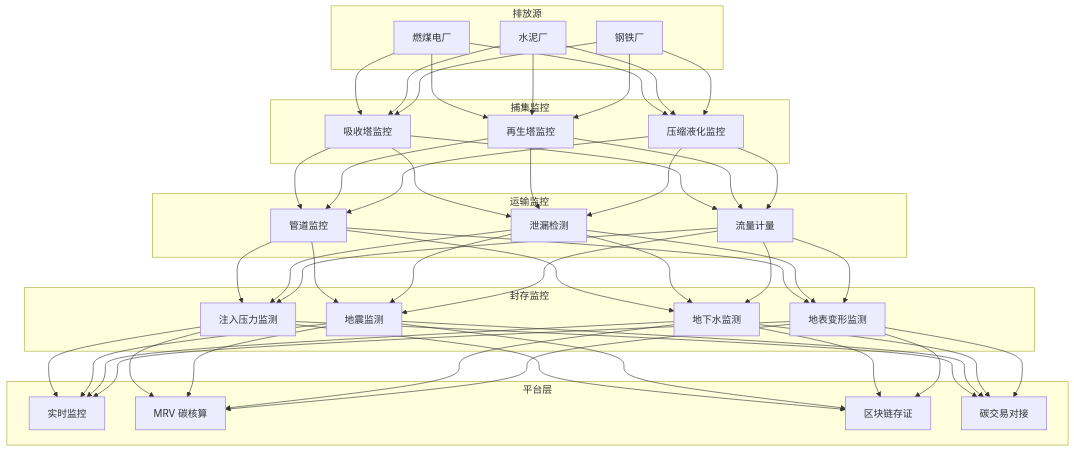
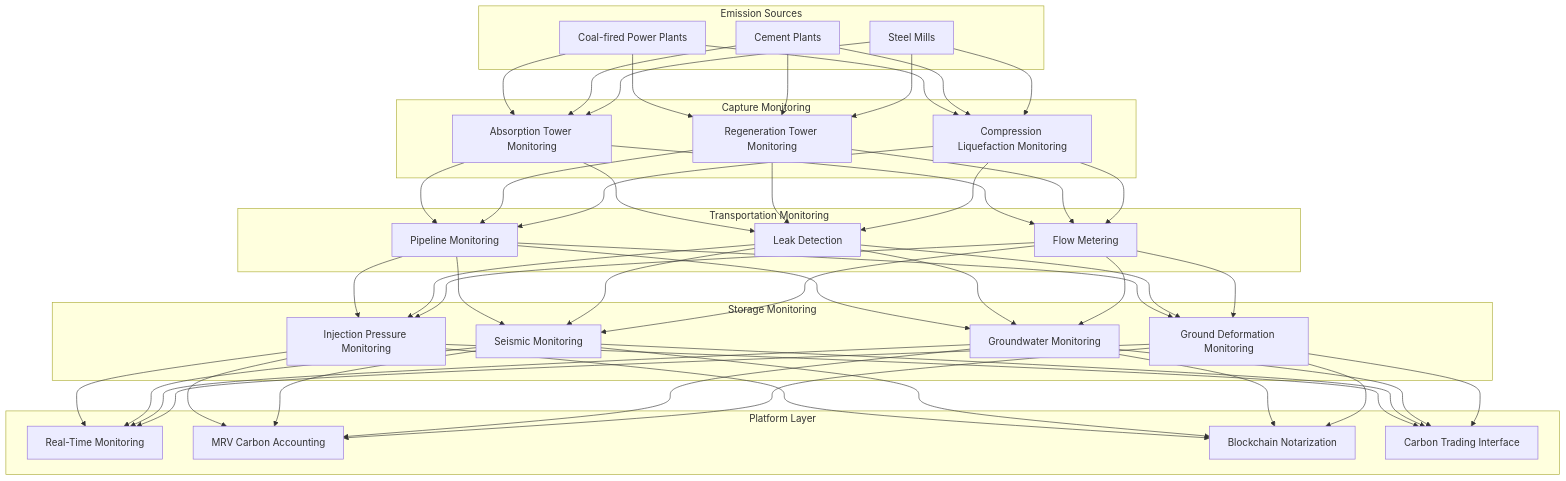
Before and after one commit to teaglebuilt/knowledge-tree: the diagram in tree/application/architecture/carbon-capture.md, drawn with Mermaid. The commit also changed other lines of this file and 16 other files, not shown here.

````diff
--- a/tree/application/architecture/carbon-capture.md
+++ b/tree/application/architecture/carbon-capture.md
@@ -162,39 +131,39 @@
 ```mermaid
 graph TB
-    subgraph 排放源
-        E1[燃煤电厂]
-        E2[水泥厂]
-        E3[钢铁厂]
+    subgraph Emission Sources
+        E1[Coal-fired Power Plants]
+        E2[Cement Plants]
+        E3[Steel Mills]
     end
 
-    subgraph 捕集监控
-        C1[吸收塔监控]
-        C2[再生塔监控]
-        C3[压缩液化监控]
+    subgraph Capture Monitoring
+        C1[Absorption Tower Monitoring]
+        C2[Regeneration Tower Monitoring]
+        C3[Compression Liquefaction Monitoring]
     end
 
-    subgraph 运输监控
-        T1[管道监控]
-        T2[泄漏检测]
-        T3[流量计量]
+    subgraph Transportation Monitoring
+        T1[Pipeline Monitoring]
+        T2[Leak Detection]
+        T3[Flow Metering]
     end
 
-    subgraph 封存监控
-        S1[注入压力监测]
-        S2[地震监测]
-        S3[地下水监测]
-        S4[地表变形监测]
+    subgraph Storage Monitoring
+        S1[Injection Pressure Monitoring]
+        S2[Seismic Monitoring]
+        S3[Groundwater Monitoring]
+        S4[Ground Deformation Monitoring]
     end
 
-    subgraph 平台层
-        P1[实时监控]
-        P2[MRV 碳核算]
-        P3[区块链存证]
-        P4[碳交易对接]
+    subgraph Platform Layer
+        P1[Real-Time Monitoring]
+        P2[MRV Carbon Accounting]
+        P3[Blockchain Notarization]
+        P4[Carbon Trading Interface]
     end
 
     E1 & E2 & E3 --> C1 & C2 & C3
     C1 & C2 & C3 --> T1 & T2 & T3
     T1 & T2 & T3 --> S1 & S2 & S3 & S4
     S1 & S2 & S3 & S4 --> P1 & P2 & P3 & P4
 ```
````
